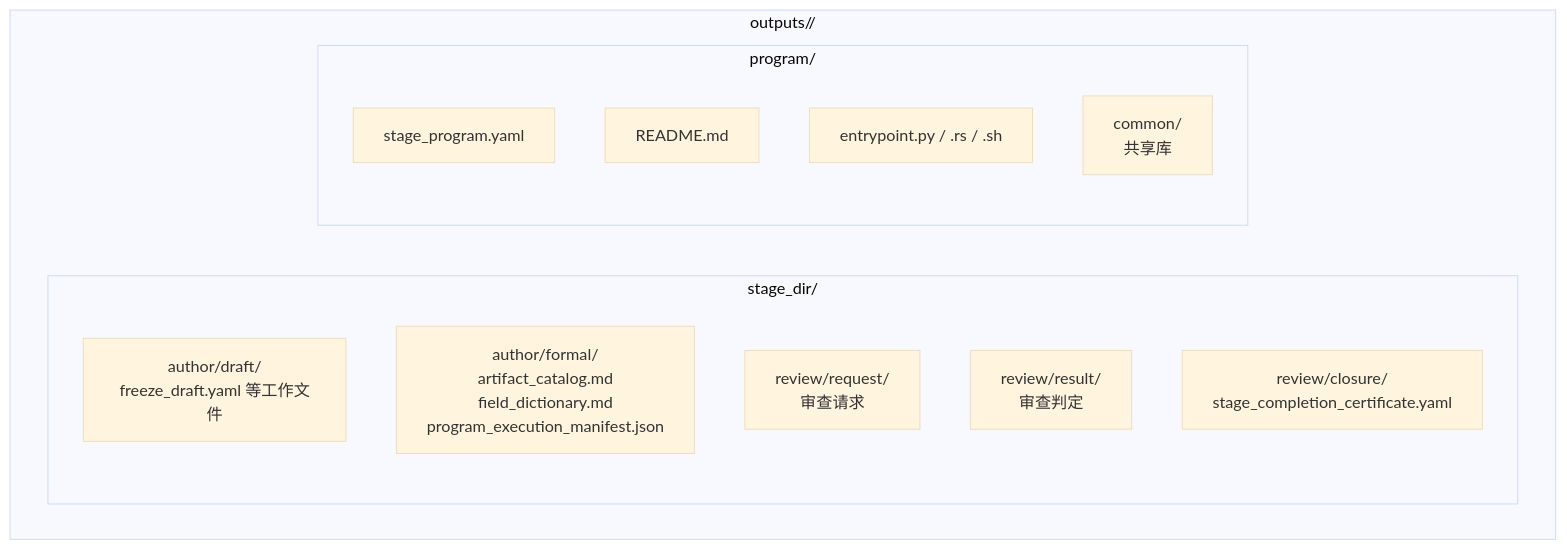
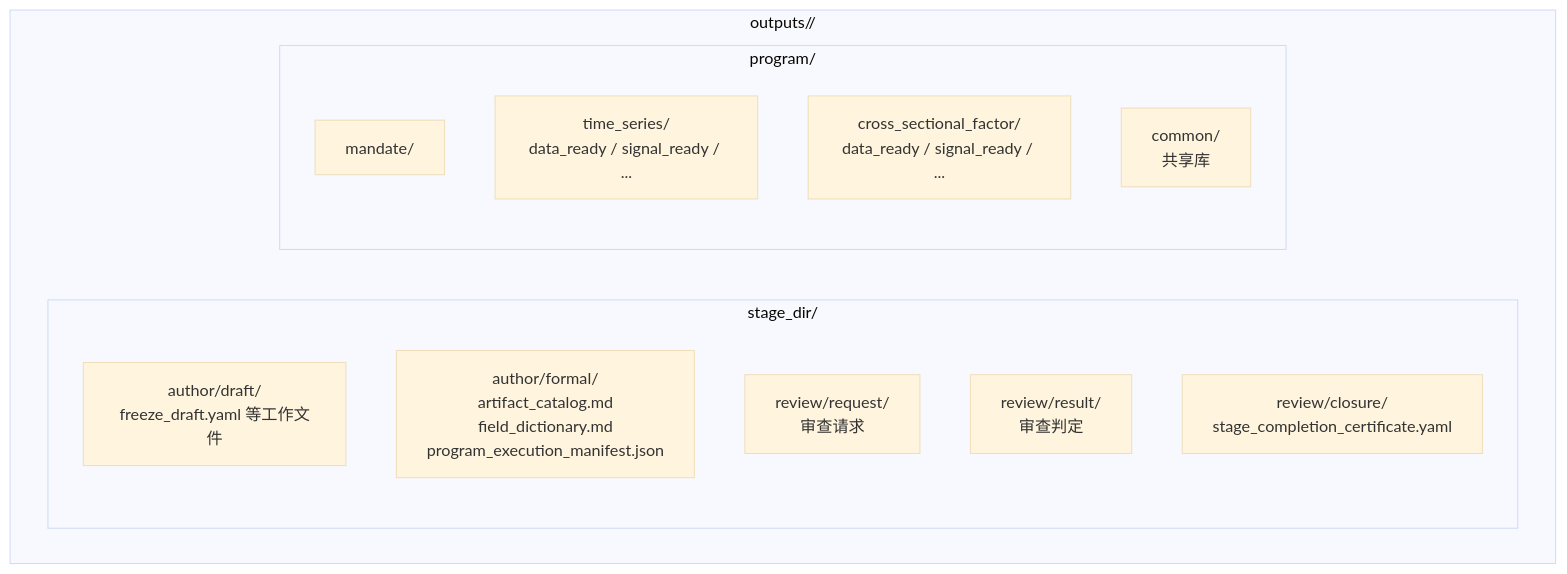
Before and after one commit to web3qt/quant-research-os: the ninth of 10 diagrams in docs/guides/how-qros-works.md, drawn with Mermaid (base theme). The commit also changed other lines of this file and 9 other files, not shown here.

````diff
--- a/docs/guides/how-qros-works.md
+++ b/docs/guides/how-qros-works.md
@@ -304,18 +317,18 @@
 ```mermaid
 graph TB
     subgraph "outputs/<lineage_id>/"
         subgraph "stage_dir/"
             A["author/draft/<br/>freeze_draft.yaml 等工作文件"]
             B["author/formal/<br/>artifact_catalog.md<br/>field_dictionary.md<br/>program_execution_manifest.json"]
             C["review/request/<br/>审查请求"]
             D["review/result/<br/>审查判定"]
             E["review/closure/<br/>stage_completion_certificate.yaml"]
         end
         subgraph "program/"
-            P1["stage_program.yaml"]
-            P2["README.md"]
-            P3["entrypoint.py / .rs / .sh"]
+            P1["mandate/"]
+            P2["time_series/<br/>data_ready / signal_ready / ..."]
+            P3["cross_sectional_factor/<br/>data_ready / signal_ready / ..."]
             P4["common/<br/>共享库"]
         end
     end
 ```
````
